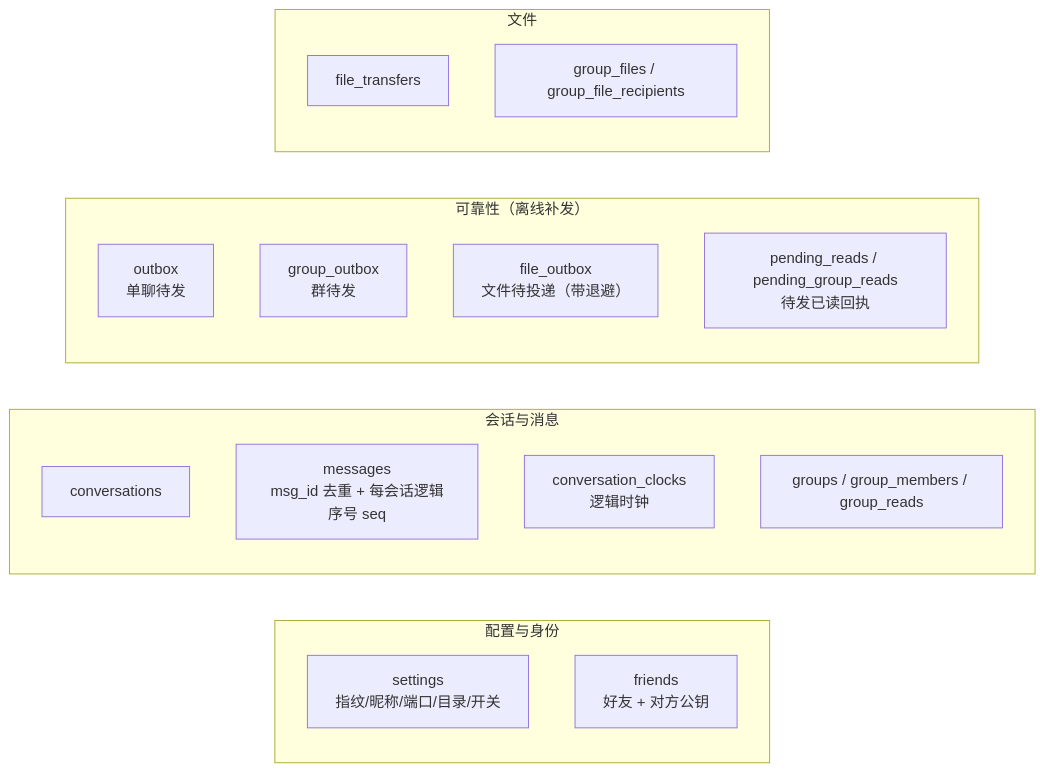
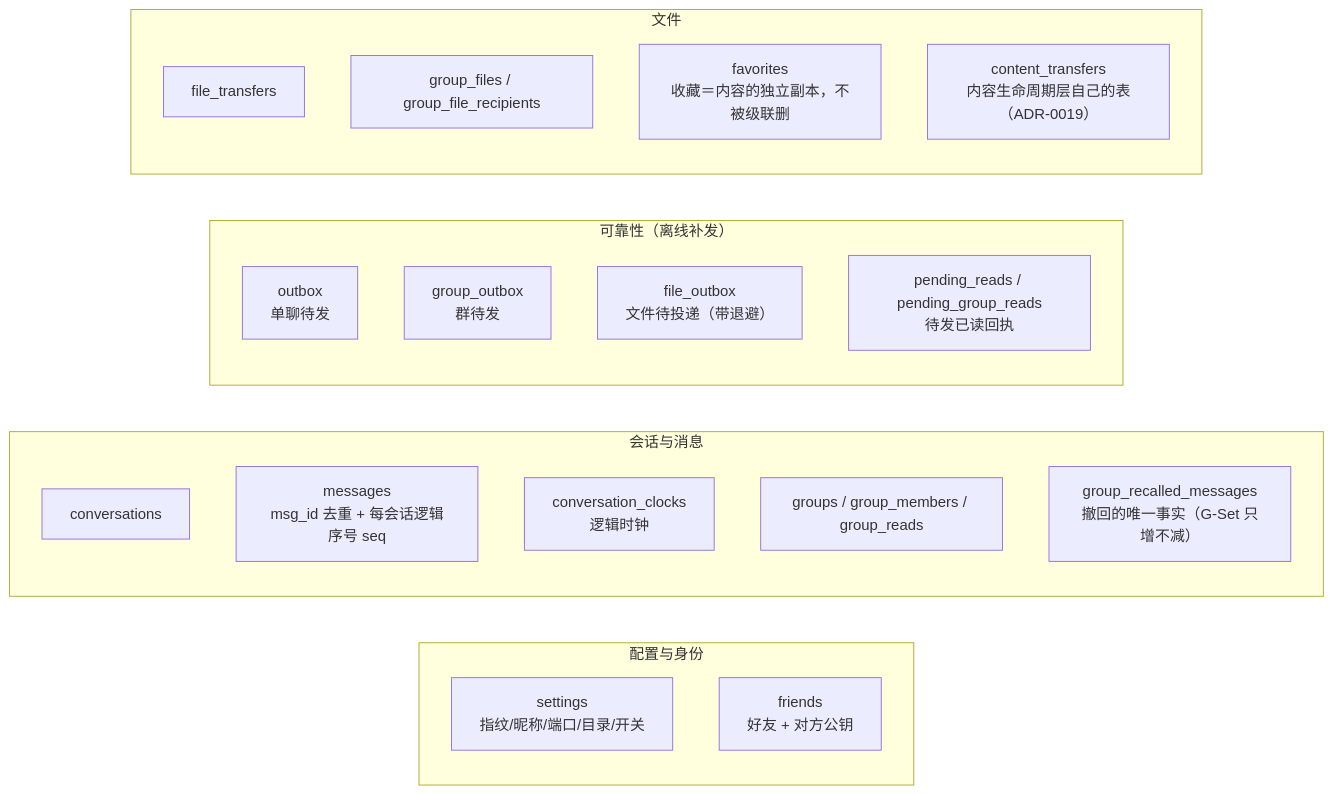
Before and after one commit to fwd001/gosslan: the fifth of 5 diagrams in docs/ARCHITECTURE-EXPLAINED.md, drawn with Mermaid. The commit also changed other lines of this file and 2 other files, not shown here.

First line of the commit message:
docs(explained): 图 D/图 E 三处旧数按现读改口 —— 表数 16 → 19，并把每个数挂上复跑命令 [plan]

````diff
--- a/docs/ARCHITECTURE-EXPLAINED.md
+++ b/docs/ARCHITECTURE-EXPLAINED.md
@@ -385,23 +385,26 @@
 ```mermaid
 flowchart LR
     subgraph CFG["配置与身份"]
         T1["settings<br/>指纹/昵称/端口/目录/开关"]
         T2["friends<br/>好友 + 对方公钥"]
     end
     subgraph CHAT["会话与消息"]
         T3["conversations"]
         T4["messages<br/>msg_id 去重 + 每会话逻辑序号 seq"]
         T5["conversation_clocks<br/>逻辑时钟"]
         T6["groups / group_members / group_reads"]
+        T6b["group_recalled_messages<br/>撤回的唯一事实（G-Set 只增不减）"]
     end
     subgraph REL["可靠性（离线补发）"]
         T7["outbox<br/>单聊待发"]
         T8["group_outbox<br/>群待发"]
         T9["file_outbox<br/>文件待投递（带退避）"]
         T10["pending_reads / pending_group_reads<br/>待发已读回执"]
     end
     subgraph FILE["文件"]
         T11["file_transfers"]
         T12["group_files / group_file_recipients"]
+        T13["favorites<br/>收藏＝内容的独立副本，不被级联删"]
+        T14["content_transfers<br/>内容生命周期层自己的表（ADR-0019）"]
     end
 ```
````
